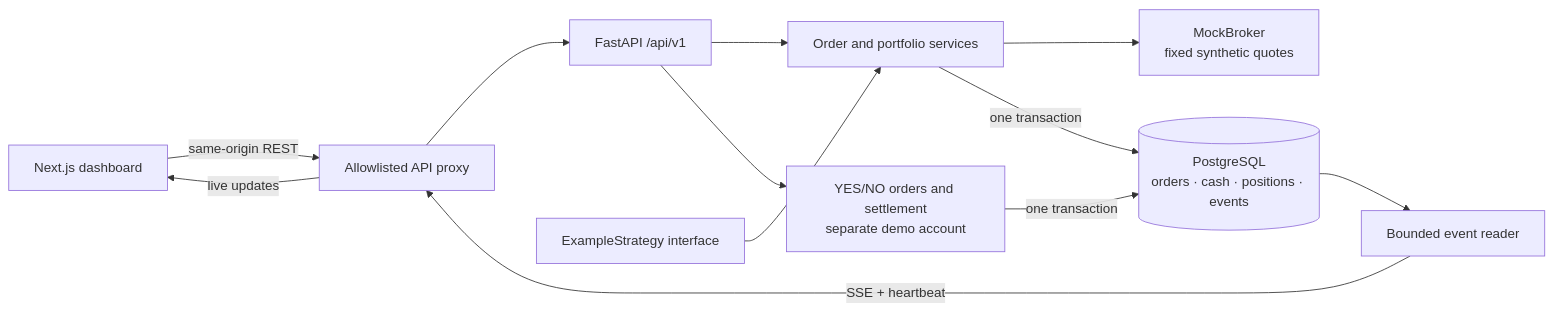
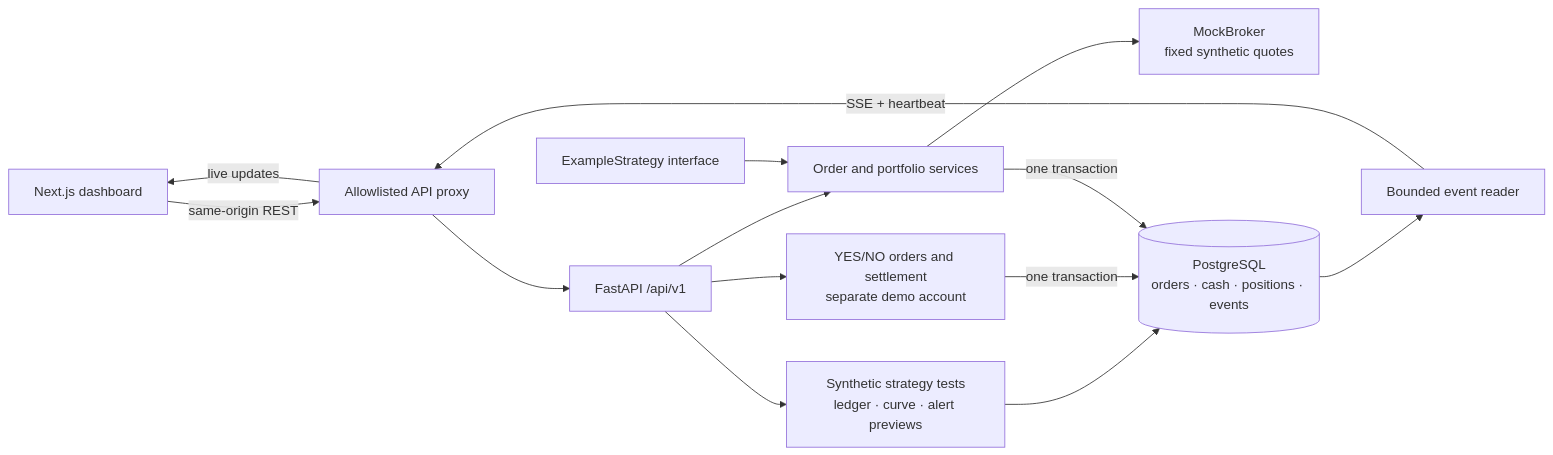
Before and after one commit to crocco7575/caterium-public: the diagram in README.md, drawn with Mermaid. The commit also changed other lines of this file and 31 other files, not shown here.

````diff
--- a/README.md
+++ b/README.md
@@ -104,14 +110,16 @@
 ```mermaid
 flowchart LR
     UI[Next.js dashboard] -->|same-origin REST| Proxy[Allowlisted API proxy]
     Proxy --> API[FastAPI /api/v1]
     API --> Service[Order and portfolio services]
     Example[ExampleStrategy interface] --> Service
     Service --> Broker["MockBroker<br/>fixed synthetic quotes"]
     API --> Prediction["YES/NO orders and settlement<br/>separate demo account"]
+    API --> Paper["Synthetic strategy tests<br/>ledger · curve · alert previews"]
+    Paper --> DB
     Prediction -->|one transaction| DB
     Service -->|one transaction| DB[("PostgreSQL<br/>orders · cash · positions · events")]
     DB --> Stream[Bounded event reader]
     Stream -->|SSE + heartbeat| Proxy
     Proxy -->|live updates| UI
 ```
````
